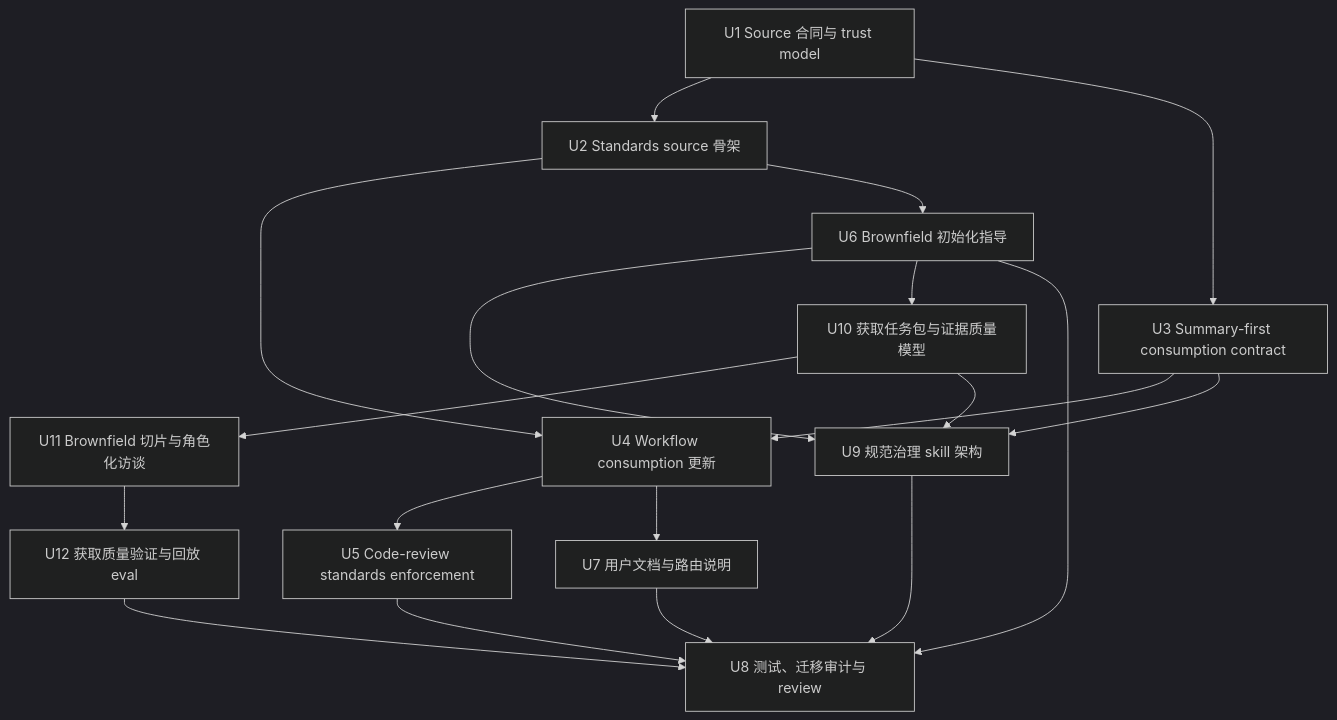
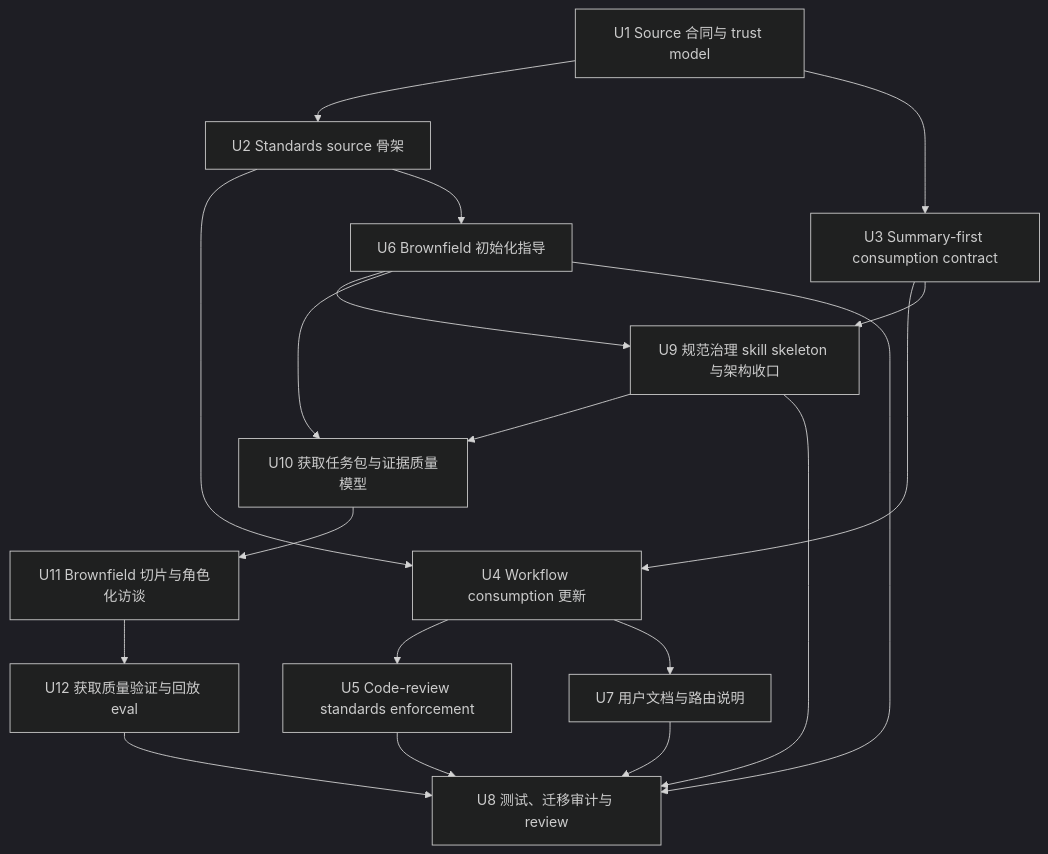
One commit to ajiao7240/spec-first changed the seventh of 7 diagrams in docs/plans/2026-06-21-004-feat-team-standards-governance-layer-plan.md. Above: the diagram before and after it, drawn with Mermaid (dark theme). The commit also changed other lines of this file and 13 other files, not shown here.

````diff
--- a/docs/plans/2026-06-21-004-feat-team-standards-governance-layer-plan.md
+++ b/docs/plans/2026-06-21-004-feat-team-standards-governance-layer-plan.md
@@ -812,34 +1149,34 @@
 ```mermaid
 flowchart TB
   U1[U1 Source 合同与 trust model]
   U2[U2 Standards source 骨架]
   U3[U3 Summary-first consumption contract]
   U4[U4 Workflow consumption 更新]
   U5[U5 Code-review standards enforcement]
   U6[U6 Brownfield 初始化指导]
   U7[U7 用户文档与路由说明]
-  U9[U9 规范治理 skill 架构]
+  U9[U9 规范治理 skill skeleton 与架构收口]
   U10[U10 获取任务包与证据质量模型]
   U11[U11 Brownfield 切片与角色化访谈]
   U12[U12 获取质量验证与回放 eval]
   U8[U8 测试、迁移审计与 review]
 
   U1 --> U2
   U1 --> U3
   U2 --> U4
   U3 --> U4
   U4 --> U5
   U2 --> U6
   U4 --> U7
   U3 --> U9
   U6 --> U9
   U6 --> U10
+  U9 --> U10
   U10 --> U11
   U11 --> U12
-  U10 --> U9
   U12 --> U8
   U5 --> U8
   U6 --> U8
   U7 --> U8
   U9 --> U8
 ```
````
